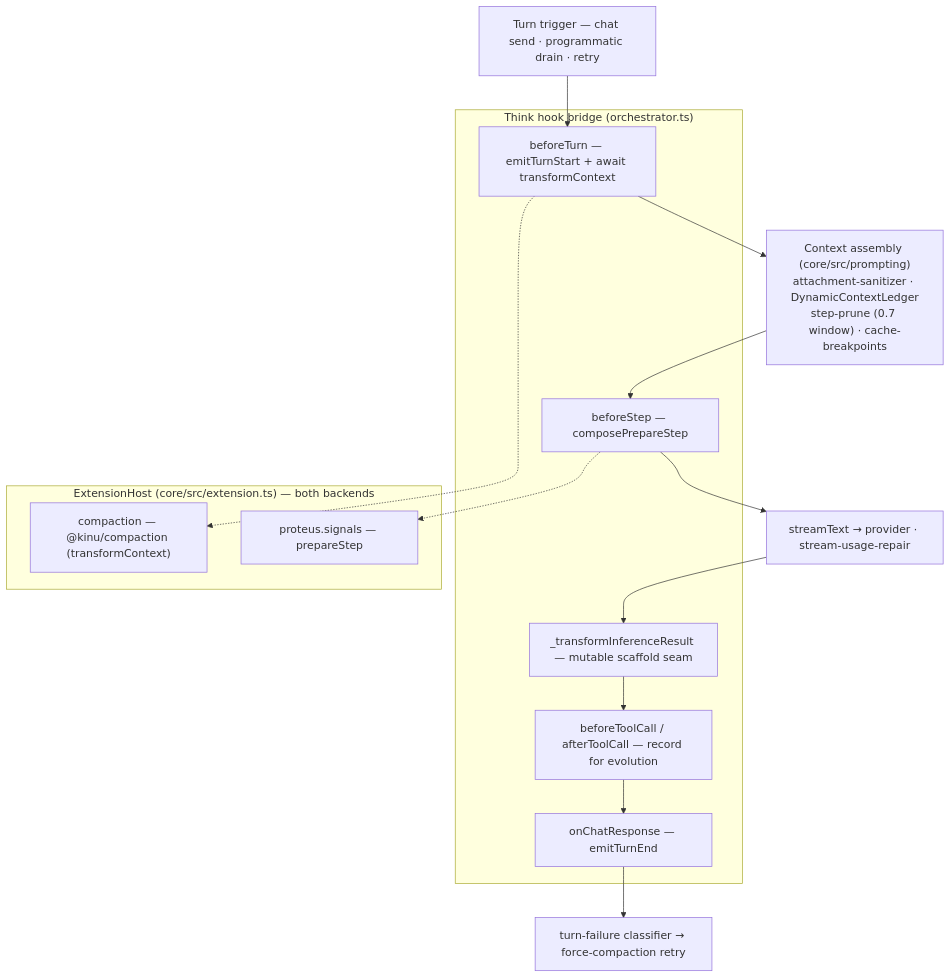
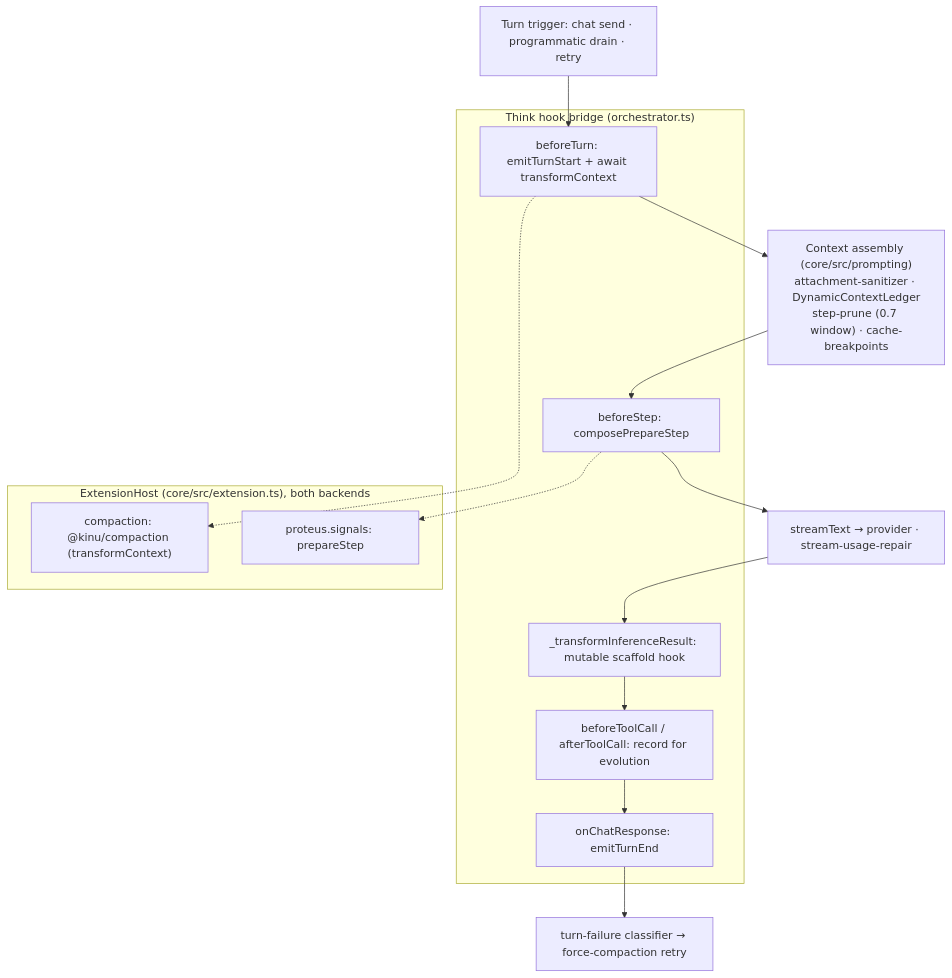
Before and after one commit to AshishKumar4/kinu: the third of 5 diagrams in docs/ARCHITECTURE.md, drawn with Mermaid. The commit also changed other lines of this file and 49 other files, not shown here.

````diff
--- a/docs/ARCHITECTURE.md
+++ b/docs/ARCHITECTURE.md
@@ -175,25 +173,25 @@
 ```mermaid
 flowchart TB
-    In["Turn trigger — chat send · programmatic drain · retry"]
+    In["Turn trigger: chat send · programmatic drain · retry"]
 
     subgraph Bridge["Think hook bridge (orchestrator.ts)"]
-        BT["beforeTurn — emitTurnStart + await transformContext"]
-        BS["beforeStep — composePrepareStep"]
-        TC["beforeToolCall / afterToolCall — record for evolution"]
-        IT["_transformInferenceResult — mutable scaffold seam"]
-        CR["onChatResponse — emitTurnEnd"]
+        BT["beforeTurn: emitTurnStart + await transformContext"]
+        BS["beforeStep: composePrepareStep"]
+        TC["beforeToolCall / afterToolCall: record for evolution"]
+        IT["_transformInferenceResult: mutable scaffold hook"]
+        CR["onChatResponse: emitTurnEnd"]
     end
 
-    subgraph Host["ExtensionHost (core/src/extension.ts) — both backends"]
-        Comp["compaction — @kinu/compaction (transformContext)"]
-        Inj["proteus.signals — prepareStep"]
+    subgraph Host["ExtensionHost (core/src/extension.ts), both backends"]
+        Comp["compaction: @kinu/compaction (transformContext)"]
+        Inj["proteus.signals: prepareStep"]
     end
 
     Assembly["Context assembly (core/src/prompting)<br/>attachment-sanitizer · DynamicContextLedger<br/>step-prune (0.7 window) · cache-breakpoints"]
     Model["streamText → provider · stream-usage-repair"]
     Fail["turn-failure classifier → force-compaction retry"]
 
     In --> BT --> Assembly --> BS --> Model --> IT --> TC --> CR --> Fail
     BT -.-> Comp
     BS -.-> Inj
 ```
````
